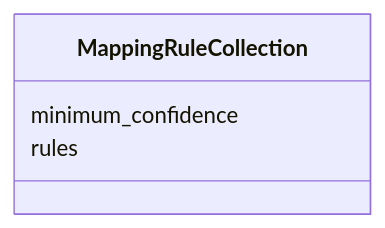
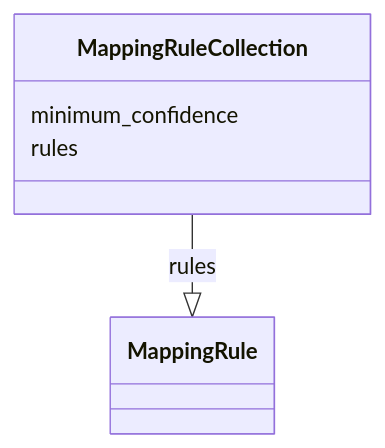
Before and after one commit to cthoyt/ontology-access-kit: the diagram in mapping-rules/MappingRuleCollection.md, drawn with Mermaid. The commit also changed other lines of this file and 3287 other files, not shown here.

````diff
--- a/mapping-rules/MappingRuleCollection.md
+++ b/mapping-rules/MappingRuleCollection.md
@@ -11,7 +14,11 @@
 ```{mermaid}
  classDiagram
     class MappingRuleCollection
       MappingRuleCollection : minimum_confidence
+        
       MappingRuleCollection : rules
+        
+          MappingRuleCollection --|> MappingRule : rules
+        
       
 ```
````
